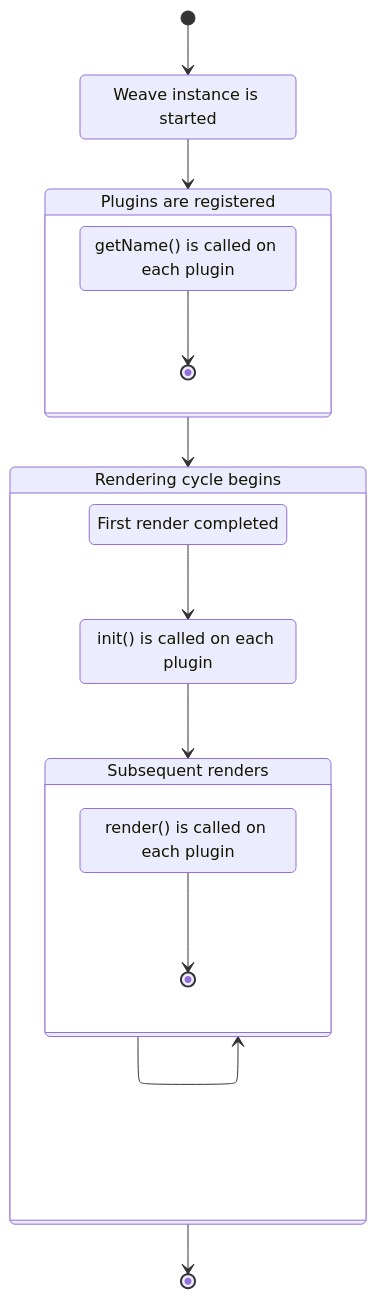
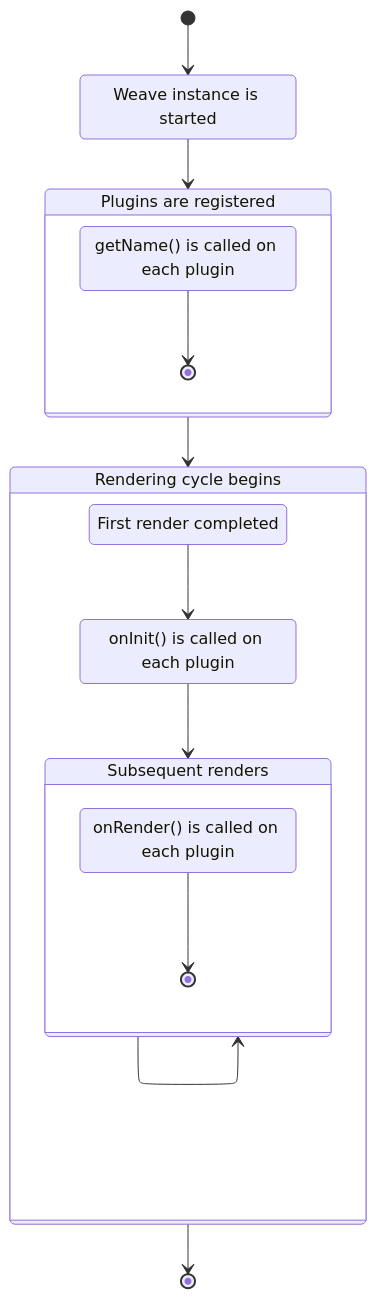
The diagram in docs/src/modules/sdk/pages/api-reference/plugins/plugin.adoc (InditexTech/weavejs), drawn with Mermaid before and after one commit. The commit also changed other lines of this file and 8 other files, not shown here.

```diff
--- a/docs/src/modules/sdk/pages/api-reference/plugins/plugin.adoc
+++ b/docs/src/modules/sdk/pages/api-reference/plugins/plugin.adoc
@@ -33,27 +33,27 @@
 [mermaid,format=png,role=zoom-in]
 ....
 stateDiagram-v2
 A: Weave instance is started
 B: Plugins are registered
 C: getName() is called on each plugin
 D: Rendering cycle begins
 E: First render completed
-F: init() is called on each plugin
+F: onInit() is called on each plugin
 G: Subsequent renders
-H: render() is called on each plugin
+H: onRender() is called on each plugin
 [*] --> A
 A --> B
 state B {
   C --> [*]
 }
 B --> D
 state D {
   E --> F
   F --> G
 }
 state G {
   H --> [*]
 }
 G --> G
 D --> [*]
 ....
```
